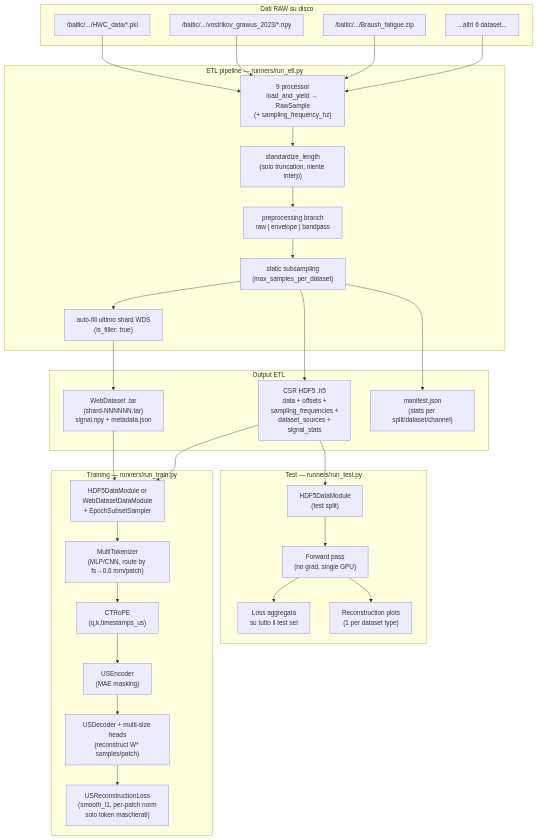
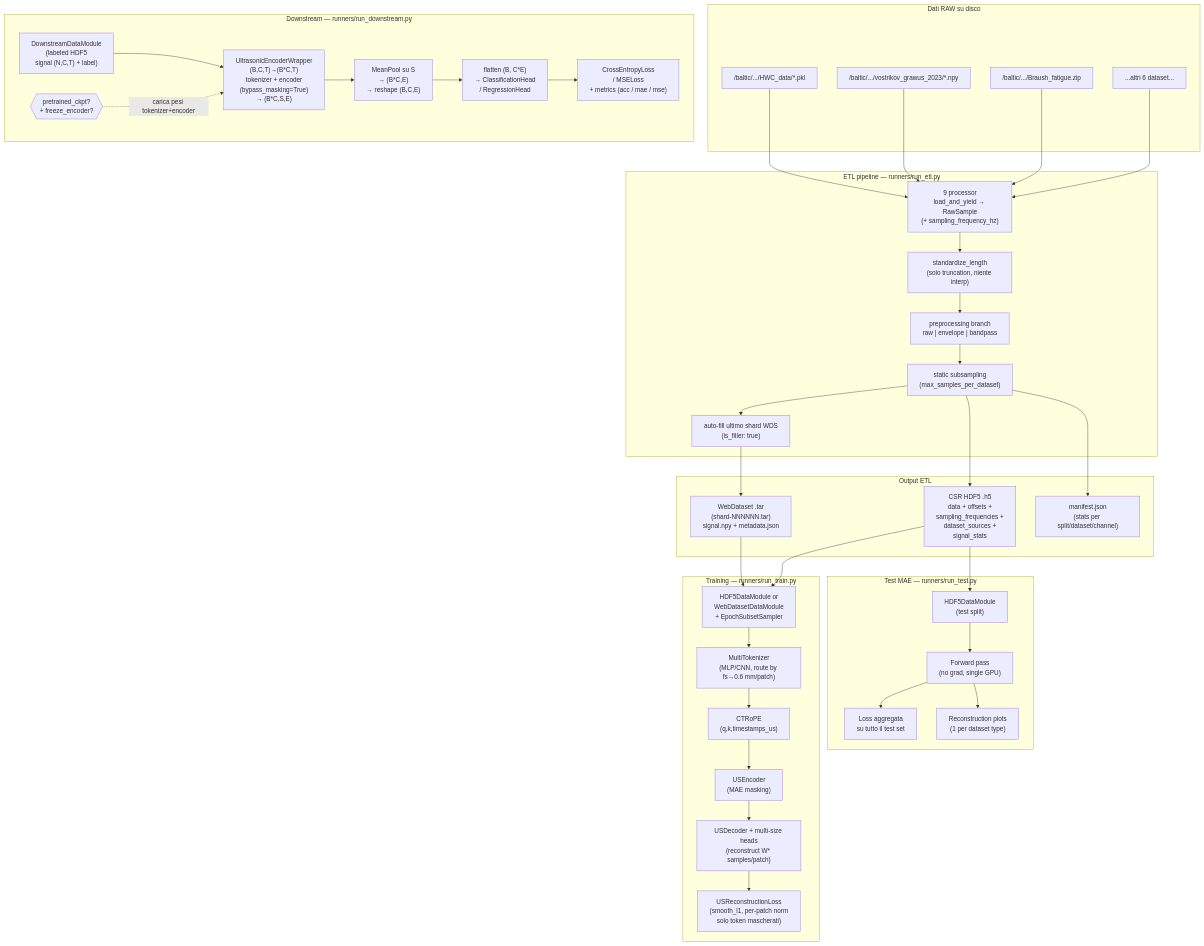
The diagram in README_plan.md (Merlo02/us_foundation), drawn with Mermaid before and after one commit. The commit also changed other lines of this file and 27 other files, not shown here.

````diff
--- a/README_plan.md
+++ b/README_plan.md
@@ -82,61 +95,74 @@
 ```mermaid
 flowchart TD
     subgraph RAW [Dati RAW su disco]
         R1["/baltic/.../HWC_data/*.pkl"]
         R2["/baltic/.../vostrikov_grawus_2023/*.npy"]
         R3["/baltic/.../Braush_fatigue.zip"]
         R4["...altri 6 dataset..."]
     end
 
     subgraph ETL [ETL pipeline — runners/run_etl.py]
         P["9 processor\nload_and_yield → RawSample\n(+ sampling_frequency_hz)"]
         S["standardize_length\n(solo truncation, niente interp)"]
         PP["preprocessing branch\nraw | envelope | bandpass"]
         SUB["static subsampling\n(max_samples_per_dataset)"]
         PAD["auto-fill ultimo shard WDS\n(is_filler: true)"]
     end
 
     subgraph OUT [Output ETL]
         WDS["WebDataset .tar\n(shard-NNNNNN.tar)\nsignal.npy + metadata.json"]
         HDF5["CSR HDF5 .h5\ndata + offsets +\nsampling_frequencies +\ndataset_sources +\nsignal_stats"]
         MAN["manifest.json\n(stats per split/dataset/channel)"]
     end
 
     subgraph TRAIN [Training — runners/run_train.py]
         DM["HDF5DataModule or\nWebDatasetDataModule\n+ EpochSubsetSampler"]
         TOK["MultiTokenizer\n(MLP/CNN, route by fs→0.6 mm/patch)"]
         CTR["CTRoPE\n(q,k,timestamps_us)"]
         ENC["USEncoder\n(MAE masking)"]
         DEC["USDecoder + multi-size heads\n(reconstruct W* samples/patch)"]
         LOSS["USReconstructionLoss\n(smooth_l1, per-patch norm\nsolo token mascherati)"]
     end
 
-    subgraph TEST [Test — runners/run_test.py]
+    subgraph TEST [Test MAE — runners/run_test.py]
         TDM["HDF5DataModule\n(test split)"]
         INF["Forward pass\n(no grad, single GPU)"]
         TLOSS["Loss aggregata\nsu tutto il test set"]
         PLOT["Reconstruction plots\n(1 per dataset type)"]
+    end
+
+    subgraph DOWN [Downstream — runners/run_downstream.py]
+        LH5["DownstreamDataModule\n(labeled HDF5\nsignal (N,C,T) + label)"]
+        WRAP["UltrasonicEncoderWrapper\n(B,C,T)→(B*C,T)\ntokenizer + encoder\n(bypass_masking=True)\n→ (B*C,S,E)"]
+        POOL["MeanPool su S\n→ (B*C,E)\n→ reshape (B,C,E)"]
+        HEAD["flatten (B, C*E)\n→ ClassificationHead\n/ RegressionHead"]
+        CKPT{{"pretrained_ckpt?\n+ freeze_encoder?"}}
+        DLOSS["CrossEntropyLoss\n/ MSELoss\n+ metrics (acc / mae / mse)"]
     end
 
     R1 --> P
     R2 --> P
     R3 --> P
     R4 --> P
     P --> S --> PP --> SUB --> PAD
     PAD --> WDS
     SUB --> HDF5
     SUB --> MAN
 
     WDS --> DM
     HDF5 --> DM
     DM --> TOK
     TOK --> CTR
     CTR --> ENC
     ENC --> DEC
     DEC --> LOSS
 
     HDF5 --> TDM
     TDM --> INF
     INF --> TLOSS
     INF --> PLOT
+
+    LH5 --> WRAP
+    CKPT -. carica pesi tokenizer+encoder .-> WRAP
+    WRAP --> POOL --> HEAD --> DLOSS
 ```
````
